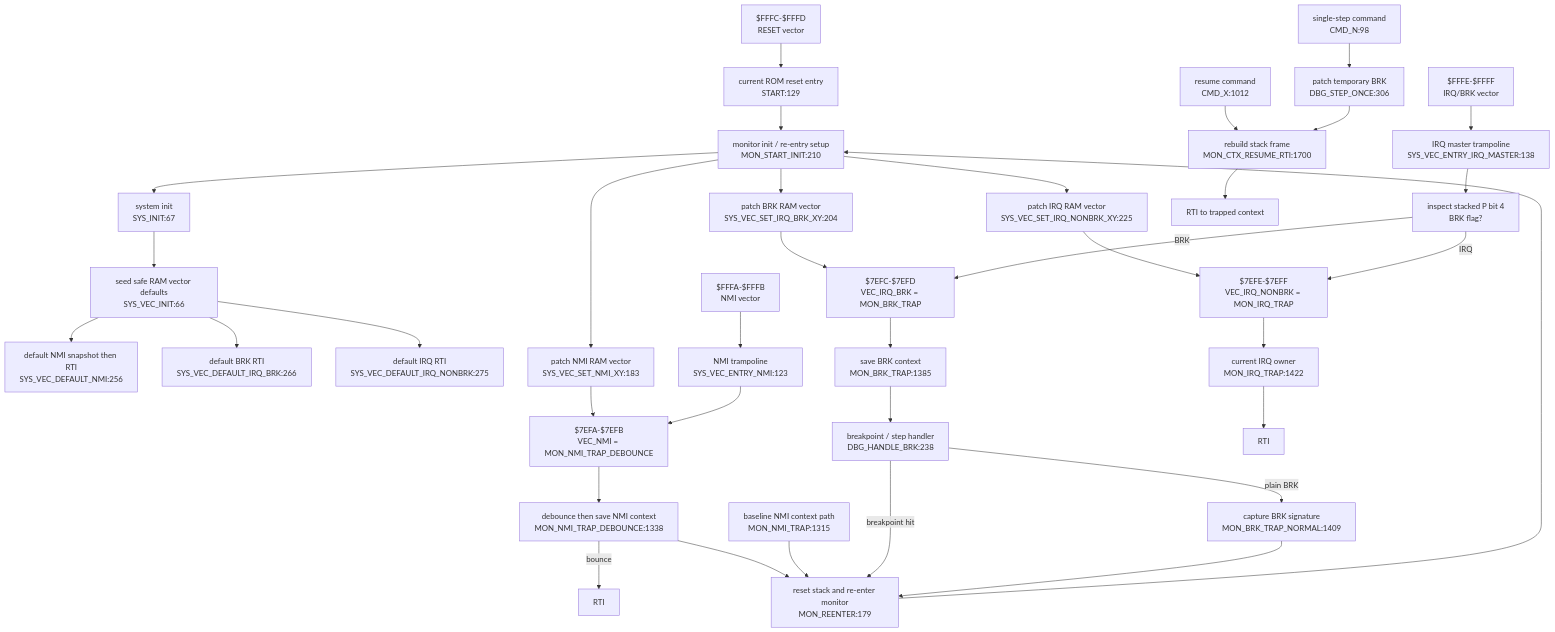
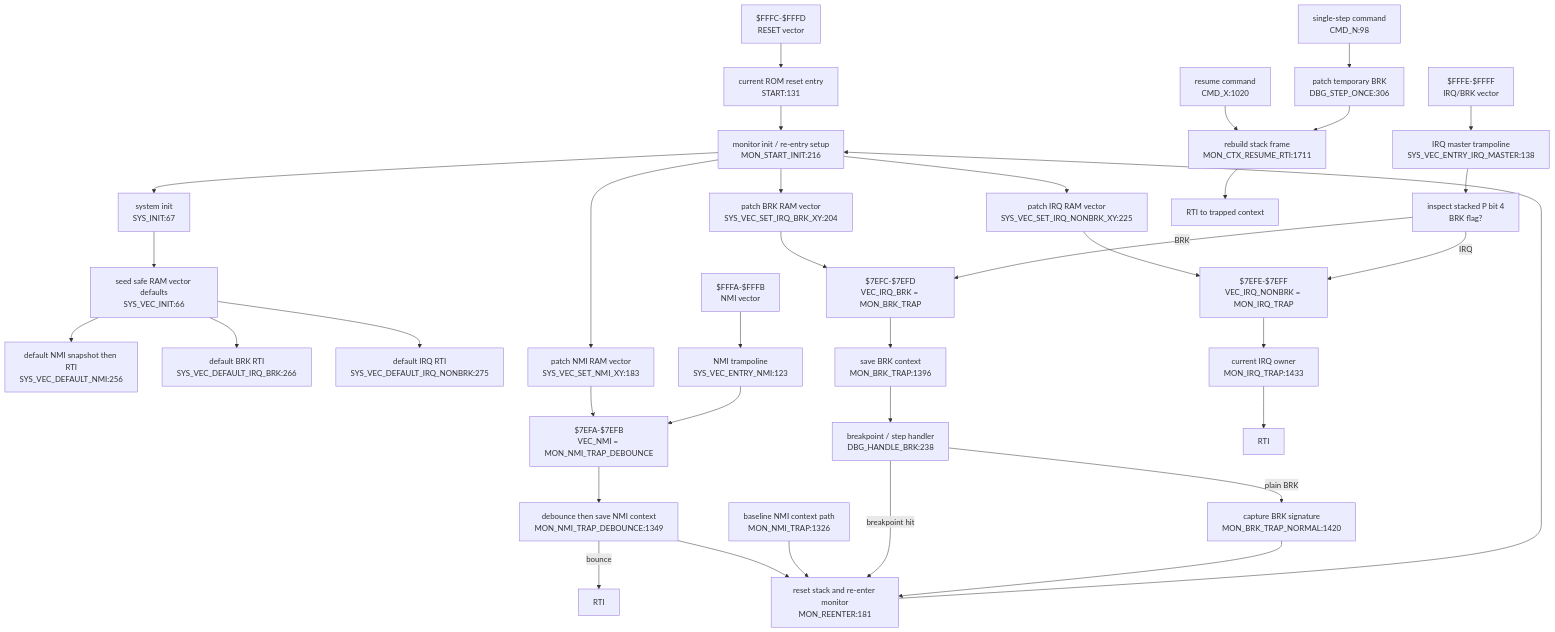
The diagram in DOC/GENERATED/INTERRUPT_VECTOR_MAP.md (95westus/R-YORS), drawn with Mermaid before and after one commit. The commit also changed other lines of this file and 27 other files, not shown here.

````diff
--- a/DOC/GENERATED/INTERRUPT_VECTOR_MAP.md
+++ b/DOC/GENERATED/INTERRUPT_VECTOR_MAP.md
@@ -25,42 +25,42 @@
 ```mermaid
 flowchart TD
-    RESETV["$FFFC-$FFFD<br/>RESET vector"] --> STARTN["current ROM reset entry<br/>START:129"]
-    STARTN --> INIT["monitor init / re-entry setup<br/>MON_START_INIT:210"]
+    RESETV["$FFFC-$FFFD<br/>RESET vector"] --> STARTN["current ROM reset entry<br/>START:131"]
+    STARTN --> INIT["monitor init / re-entry setup<br/>MON_START_INIT:216"]
     INIT --> SYSINIT["system init<br/>SYS_INIT:67"]
     SYSINIT --> VECINIT["seed safe RAM vector defaults<br/>SYS_VEC_INIT:66"]
     VECINIT --> DEFNMI["default NMI snapshot then RTI<br/>SYS_VEC_DEFAULT_NMI:256"]
     VECINIT --> DEFBRK["default BRK RTI<br/>SYS_VEC_DEFAULT_IRQ_BRK:266"]
     VECINIT --> DEFIRQ["default IRQ RTI<br/>SYS_VEC_DEFAULT_IRQ_NONBRK:275"]
 
     INIT --> SETNMI["patch NMI RAM vector<br/>SYS_VEC_SET_NMI_XY:183"]
     INIT --> SETBRK["patch BRK RAM vector<br/>SYS_VEC_SET_IRQ_BRK_XY:204"]
     INIT --> SETIRQ["patch IRQ RAM vector<br/>SYS_VEC_SET_IRQ_NONBRK_XY:225"]
     SETNMI --> VECNMI["$7EFA-$7EFB<br/>VEC_NMI = MON_NMI_TRAP_DEBOUNCE"]
     SETBRK --> VECBRK["$7EFC-$7EFD<br/>VEC_IRQ_BRK = MON_BRK_TRAP"]
     SETIRQ --> VECIRQ["$7EFE-$7EFF<br/>VEC_IRQ_NONBRK = MON_IRQ_TRAP"]
 
     NMIV["$FFFA-$FFFB<br/>NMI vector"] --> NMIENTRY["NMI trampoline<br/>SYS_VEC_ENTRY_NMI:123"]
     NMIENTRY --> VECNMI
-    VECNMI --> NMITRAP["debounce then save NMI context<br/>MON_NMI_TRAP_DEBOUNCE:1338"]
+    VECNMI --> NMITRAP["debounce then save NMI context<br/>MON_NMI_TRAP_DEBOUNCE:1349"]
     NMITRAP -->|bounce| RTINMI["RTI"]
-    NMITRAP --> REENTER["reset stack and re-enter monitor<br/>MON_REENTER:179"]
-    NMIBASE["baseline NMI context path<br/>MON_NMI_TRAP:1315"] --> REENTER
+    NMITRAP --> REENTER["reset stack and re-enter monitor<br/>MON_REENTER:181"]
+    NMIBASE["baseline NMI context path<br/>MON_NMI_TRAP:1326"] --> REENTER
     REENTER --> INIT
 
     IRQV["$FFFE-$FFFF<br/>IRQ/BRK vector"] --> IRQMASTER["IRQ master trampoline<br/>SYS_VEC_ENTRY_IRQ_MASTER:138"]
     IRQMASTER --> SPLIT["inspect stacked P bit 4<br/>BRK flag?"]
     SPLIT -->|BRK| VECBRK
     SPLIT -->|IRQ| VECIRQ
-    VECBRK --> BRKTRAP["save BRK context<br/>MON_BRK_TRAP:1385"]
+    VECBRK --> BRKTRAP["save BRK context<br/>MON_BRK_TRAP:1396"]
     BRKTRAP --> DBGBRK["breakpoint / step handler<br/>DBG_HANDLE_BRK:238"]
     DBGBRK -->|breakpoint hit| REENTER
-    DBGBRK -->|plain BRK| BRKNORMAL["capture BRK signature<br/>MON_BRK_TRAP_NORMAL:1409"]
+    DBGBRK -->|plain BRK| BRKNORMAL["capture BRK signature<br/>MON_BRK_TRAP_NORMAL:1420"]
     BRKNORMAL --> REENTER
-    VECIRQ --> IRQTRAP["current IRQ owner<br/>MON_IRQ_TRAP:1422"]
+    VECIRQ --> IRQTRAP["current IRQ owner<br/>MON_IRQ_TRAP:1433"]
     IRQTRAP --> RTIIRQ["RTI"]
 
-    CMDX["resume command<br/>CMD_X:1012"] --> RESUME["rebuild stack frame<br/>MON_CTX_RESUME_RTI:1700"]
+    CMDX["resume command<br/>CMD_X:1020"] --> RESUME["rebuild stack frame<br/>MON_CTX_RESUME_RTI:1711"]
     CMDN["single-step command<br/>CMD_N:98"] --> STEP["patch temporary BRK<br/>DBG_STEP_ONCE:306"]
     STEP --> RESUME
     RESUME --> RTIRES["RTI to trapped context"]
 ```
````
